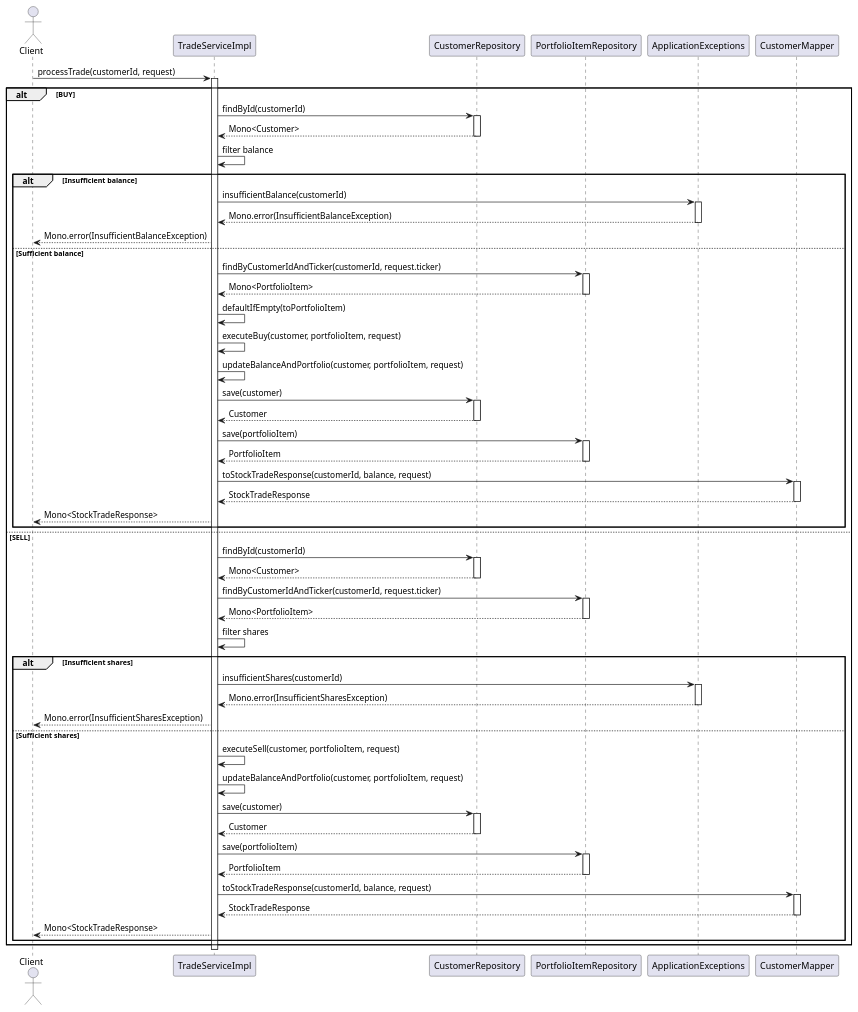
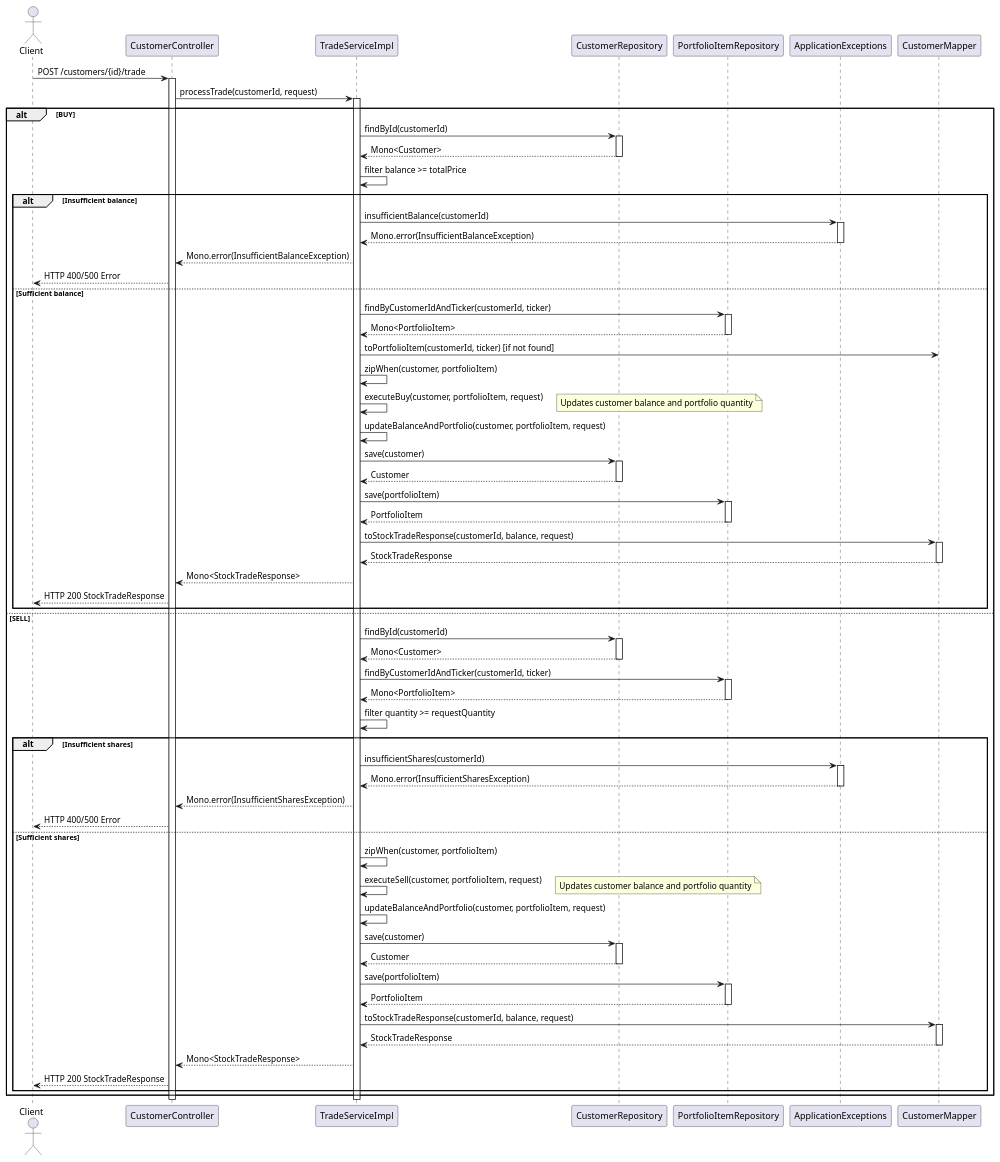
Before and after one commit to jays-codes/reactive-microservices: the diagram in customer-service/uml/plant-sd-tradeServiceUsecases.puml, drawn with PlantUML. The commit also changed 2 other files, not shown here.

Commit message:
created CustomerController (@RestController), 2 endpoints: getCustomerInfo(id):Mono<CustomerInfoDTO> GET /{id}, processTrade(id, Mono<StockTradeRequest>):Mono<StockTradeResponse> POST /{id}/trade

```diff
--- a/customer-service/uml/plant-sd-tradeServiceUsecases.puml
+++ b/customer-service/uml/plant-sd-tradeServiceUsecases.puml
@@ -1,80 +1,92 @@
 @startuml
 actor Client
+participant "CustomerController" as Controller
 participant "TradeServiceImpl" as TradeService
 participant "CustomerRepository" as CustomerRepo
 participant "PortfolioItemRepository" as PortfolioRepo
 participant "ApplicationExceptions" as Exceptions
 participant "CustomerMapper" as Mapper
 
-Client -> TradeService: processTrade(customerId, request)
+Client -> Controller: POST /customers/{id}/trade
+activate Controller
+Controller -> TradeService: processTrade(customerId, request)
 activate TradeService
 alt BUY
     TradeService -> CustomerRepo: findById(customerId)
     activate CustomerRepo
     CustomerRepo --> TradeService: Mono<Customer>
     deactivate CustomerRepo
-    TradeService -> TradeService: filter balance
+    TradeService -> TradeService: filter balance >= totalPrice
     alt Insufficient balance
         TradeService -> Exceptions: insufficientBalance(customerId)
         activate Exceptions
         Exceptions --> TradeService: Mono.error(InsufficientBalanceException)
         deactivate Exceptions
-        TradeService --> Client: Mono.error(InsufficientBalanceException)
+        TradeService --> Controller: Mono.error(InsufficientBalanceException)
+        Controller --> Client: HTTP 400/500 Error
     else Sufficient balance
-        TradeService -> PortfolioRepo: findByCustomerIdAndTicker(customerId, request.ticker)
+        TradeService -> PortfolioRepo: findByCustomerIdAndTicker(customerId, ticker)
         activate PortfolioRepo
         PortfolioRepo --> TradeService: Mono<PortfolioItem>
         deactivate PortfolioRepo
-        TradeService -> TradeService: defaultIfEmpty(toPortfolioItem)
+        TradeService -> Mapper: toPortfolioItem(customerId, ticker) [if not found]
+        TradeService -> TradeService: zipWhen(customer, portfolioItem)
         TradeService -> TradeService: executeBuy(customer, portfolioItem, request)
+        note right: Updates customer balance and portfolio quantity
         TradeService -> TradeService: updateBalanceAndPortfolio(customer, portfolioItem, request)
         TradeService -> CustomerRepo: save(customer)
         activate CustomerRepo
         CustomerRepo --> TradeService: Customer
         deactivate CustomerRepo
         TradeService -> PortfolioRepo: save(portfolioItem)
         activate PortfolioRepo
         PortfolioRepo --> TradeService: PortfolioItem
         deactivate PortfolioRepo
         TradeService -> Mapper: toStockTradeResponse(customerId, balance, request)
         activate Mapper
         Mapper --> TradeService: StockTradeResponse
         deactivate Mapper
-        TradeService --> Client: Mono<StockTradeResponse>
+        TradeService --> Controller: Mono<StockTradeResponse>
+        Controller --> Client: HTTP 200 StockTradeResponse
     end
 else SELL
     TradeService -> CustomerRepo: findById(customerId)
     activate CustomerRepo
     CustomerRepo --> TradeService: Mono<Customer>
     deactivate CustomerRepo
-    TradeService -> PortfolioRepo: findByCustomerIdAndTicker(customerId, request.ticker)
+    TradeService -> PortfolioRepo: findByCustomerIdAndTicker(customerId, ticker)
     activate PortfolioRepo
     PortfolioRepo --> TradeService: Mono<PortfolioItem>
     deactivate PortfolioRepo
-    TradeService -> TradeService: filter shares
+    TradeService -> TradeService: filter quantity >= requestQuantity
     alt Insufficient shares
         TradeService -> Exceptions: insufficientShares(customerId)
         activate Exceptions
         Exceptions --> TradeService: Mono.error(InsufficientSharesException)
         deactivate Exceptions
-        TradeService --> Client: Mono.error(InsufficientSharesException)
+        TradeService --> Controller: Mono.error(InsufficientSharesException)
+        Controller --> Client: HTTP 400/500 Error
     else Sufficient shares
+        TradeService -> TradeService: zipWhen(customer, portfolioItem)
         TradeService -> TradeService: executeSell(customer, portfolioItem, request)
+        note right: Updates customer balance and portfolio quantity
         TradeService -> TradeService: updateBalanceAndPortfolio(customer, portfolioItem, request)
         TradeService -> CustomerRepo: save(customer)
         activate CustomerRepo
         CustomerRepo --> TradeService: Customer
         deactivate CustomerRepo
         TradeService -> PortfolioRepo: save(portfolioItem)
         activate PortfolioRepo
         PortfolioRepo --> TradeService: PortfolioItem
         deactivate PortfolioRepo
         TradeService -> Mapper: toStockTradeResponse(customerId, balance, request)
         activate Mapper
         Mapper --> TradeService: StockTradeResponse
         deactivate Mapper
-        TradeService --> Client: Mono<StockTradeResponse>
+        TradeService --> Controller: Mono<StockTradeResponse>
+        Controller --> Client: HTTP 200 StockTradeResponse
     end
 end
 deactivate TradeService
+deactivate Controller
 @enduml 
```
